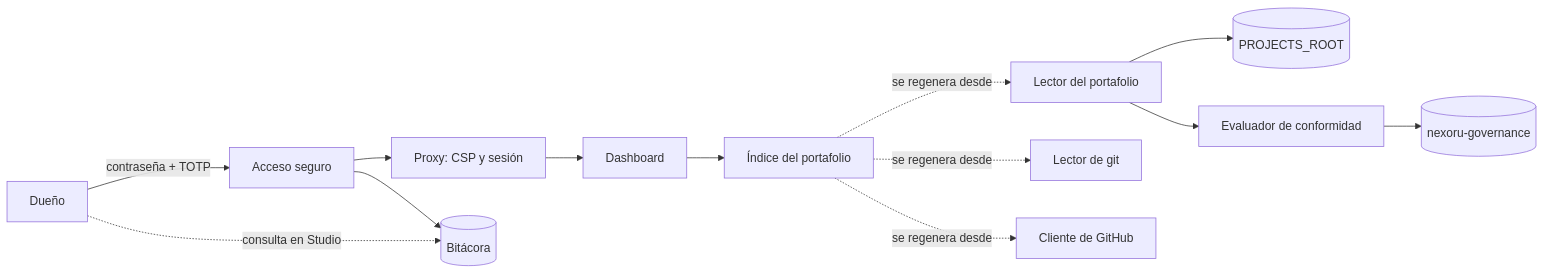
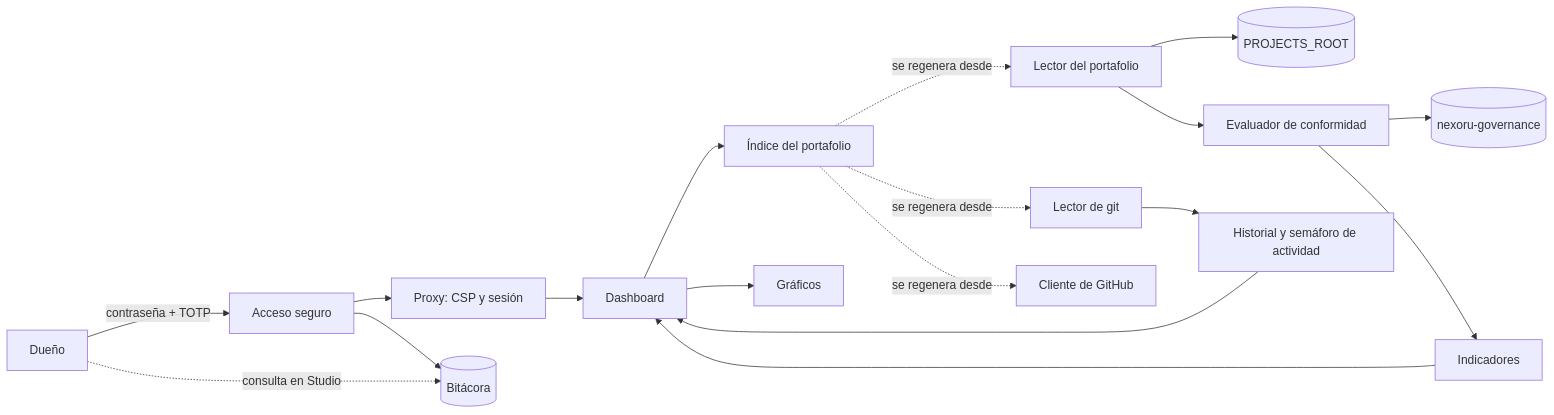
The diagram in docs/mapa-funcional.md (adminnexoru/nexoru-op), drawn with Mermaid before and after one commit. The commit also changed other lines of this file and 3 other files, not shown here.

````diff
--- a/docs/mapa-funcional.md
+++ b/docs/mapa-funcional.md
@@ -35,15 +39,20 @@
 ```mermaid
 flowchart LR
   D[Dueño] -->|contraseña + TOTP| A[Acceso seguro]
   A --> P[Proxy: CSP y sesión]
   P --> UI[Dashboard]
   UI --> I[Índice del portafolio]
   I -. se regenera desde .-> L[Lector del portafolio]
   L --> R[(PROJECTS_ROOT)]
   L --> C[Evaluador de conformidad]
   C --> G[(nexoru-governance)]
+  C --> IND[Indicadores]
   I -. se regenera desde .-> GIT[Lector de git]
+  GIT --> H[Historial y semáforo de actividad]
+  IND --> UI
+  H --> UI
+  UI --> CH[Gráficos]
   I -. se regenera desde .-> GH[Cliente de GitHub]
   A --> B[(Bitácora)]
   D -. consulta en Studio .-> B
 ```
````
